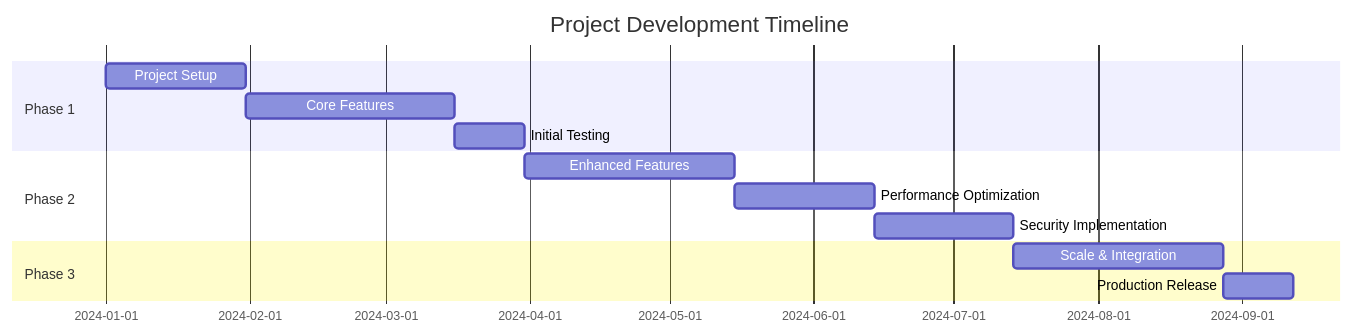
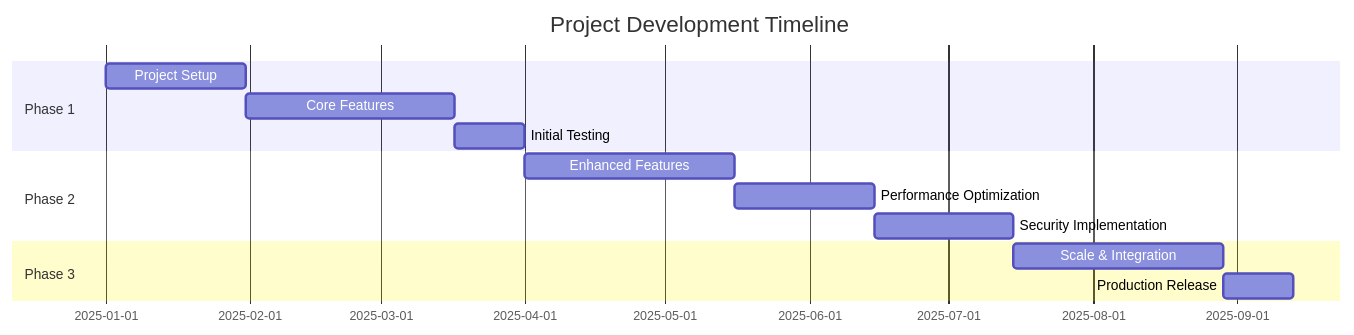
The diagram in DEVELOPMENT/Templates/_DOCS-TEMPLATES/ROADMAP.md (miquael/AAA-Library), drawn with Mermaid before and after one commit. The commit also changed other lines of this file and 3 other files, not shown here.

````diff
--- a/DEVELOPMENT/Templates/_DOCS-TEMPLATES/ROADMAP.md
+++ b/DEVELOPMENT/Templates/_DOCS-TEMPLATES/ROADMAP.md
@@ -6,16 +6,16 @@
 ```mermaid
 gantt
     title Project Development Timeline
     dateFormat  YYYY-MM-DD
     section Phase 1
-    Project Setup           :a1, 2024-01-01, 30d
+    Project Setup           :a1, 2025-01-01, 30d
     Core Features          :a2, after a1, 45d
     Initial Testing       :a3, after a2, 15d
     section Phase 2
     Enhanced Features     :b1, after a3, 45d
     Performance Optimization :b2, after b1, 30d
     Security Implementation :b3, after b2, 30d
     section Phase 3
     Scale & Integration   :c1, after b3, 45d
     Production Release    :c2, after c1, 15d
 ```
````
